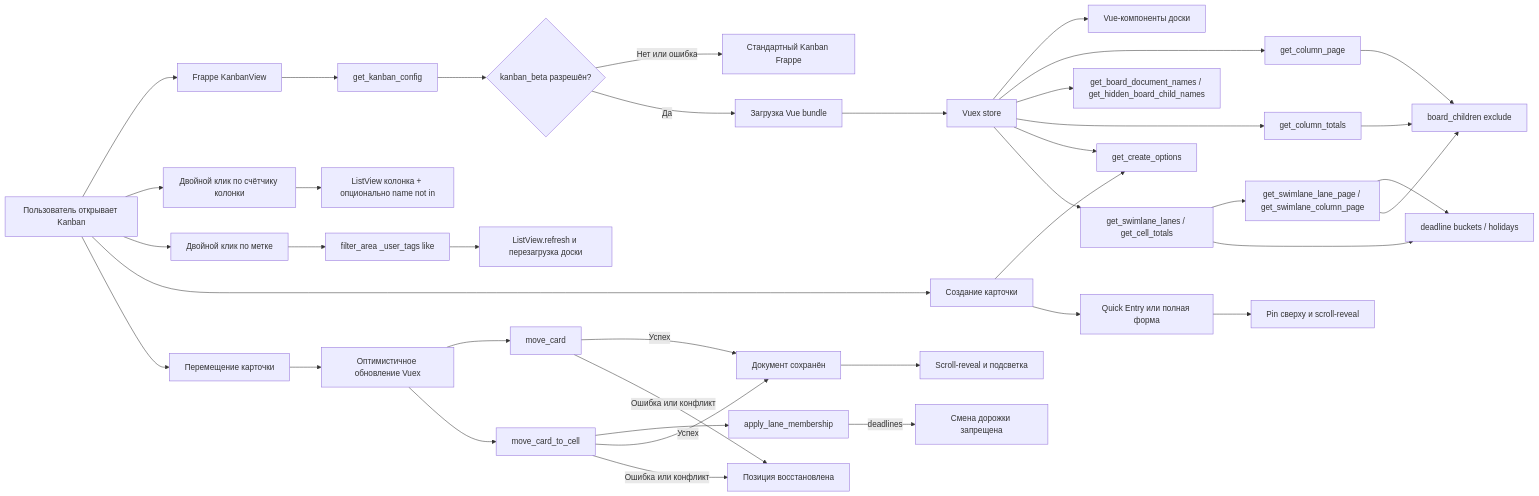
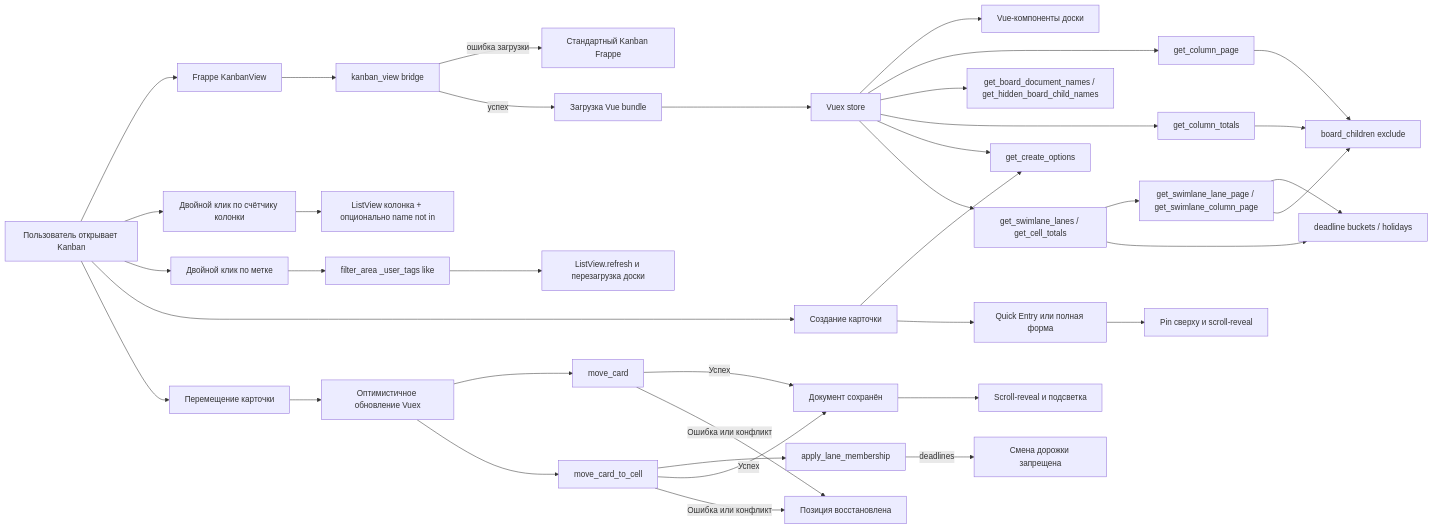
The diagram in README.md (Dinext-pro/dinext_kanban), drawn with Mermaid before and after one commit. The commit also changed other lines of this file and 5 other files, not shown here.

First line of the commit message:
Refactor Kanban configuration and remove beta feature flag logic

````diff
--- a/README.md
+++ b/README.md
@@ -655,41 +614,40 @@
 ```mermaid
 flowchart LR
     User[Пользователь открывает Kanban] --> Native[Frappe KanbanView]
-    Native --> Config[get_kanban_config]
-    Config --> Decision{kanban_beta разрешён?}
-    Decision -->|Нет или ошибка| Standard[Стандартный Kanban Frappe]
-    Decision -->|Да| Bundle[Загрузка Vue bundle]
+    Native --> Bridge[kanban_view bridge]
+    Bridge -->|ошибка загрузки| Standard[Стандартный Kanban Frappe]
+    Bridge -->|успех| Bundle[Загрузка Vue bundle]
     Bundle --> Store[Vuex store]
     Store --> Board[Vue-компоненты доски]
     Store --> ColumnPage[get_column_page]
     Store --> BoardNames[get_board_document_names / get_hidden_board_child_names]
     Store --> Totals[get_column_totals]
     Store --> CreateOpts[get_create_options]
     Store --> SwimLanes[get_swimlane_lanes / get_cell_totals]
     SwimLanes --> CellPage[get_swimlane_lane_page / get_swimlane_column_page]
     SwimLanes --> Deadlines[deadline buckets / holidays]
     CellPage --> Deadlines
     ColumnPage --> BoardChildren[board_children exclude]
     CellPage --> BoardChildren
     Totals --> BoardChildren
     User --> ListNav[Двойной клик по счётчику колонки]
     ListNav --> ListView[ListView колонка + опционально name not in]
     User --> TagFilter[Двойной клик по метке]
     TagFilter --> FilterArea[filter_area _user_tags like]
     FilterArea --> Refresh[ListView.refresh и перезагрузка доски]
     User --> Create[Создание карточки]
     Create --> CreateOpts
     Create --> FormUI[Quick Entry или полная форма]
     FormUI --> RevealCreate[Pin сверху и scroll-reveal]
     User --> Move[Перемещение карточки]
     Move --> Optimistic[Оптимистичное обновление Vuex]
     Optimistic --> MoveAPI[move_card]
     Optimistic --> CellAPI[move_card_to_cell]
     CellAPI --> LaneMem[apply_lane_membership]
     LaneMem -->|deadlines| LaneBlocked[Смена дорожки запрещена]
     MoveAPI -->|Успех| Saved[Документ сохранён]
     CellAPI -->|Успех| Saved
     MoveAPI -->|Ошибка или конфликт| Rollback[Позиция восстановлена]
     CellAPI -->|Ошибка или конфликт| Rollback
     Saved --> RevealMove[Scroll-reveal и подсветка]
 ```
````
